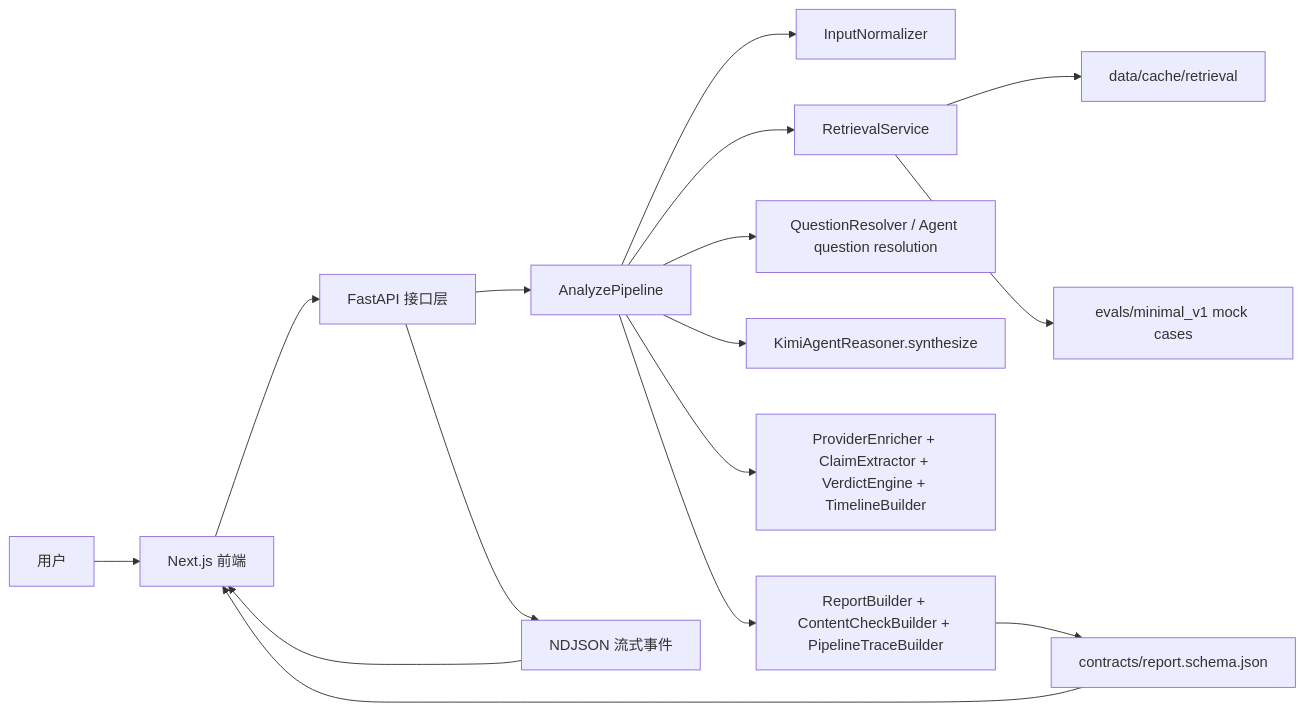
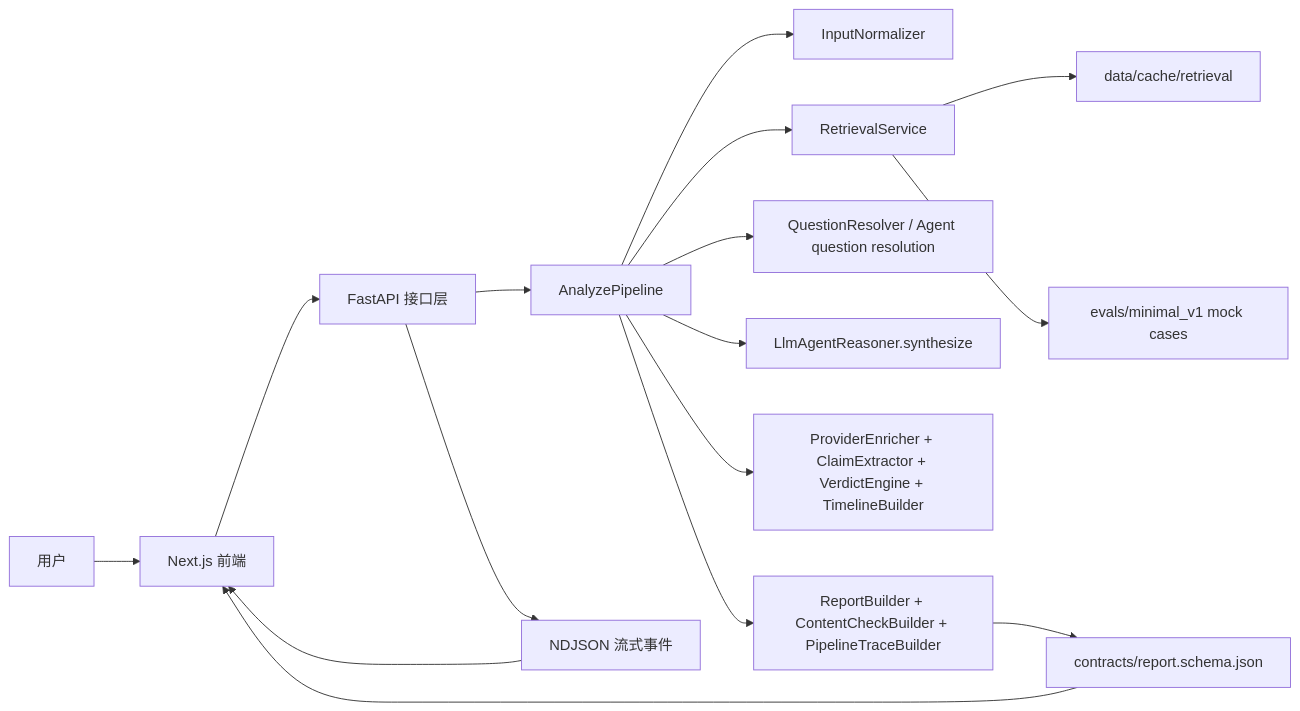
The first of 6 diagrams in docs/current-code-architecture-guide.md (forwaryan/rumor-checking), drawn with Mermaid before and after one commit. The commit also changed other lines of this file and 5 other files, not shown here.

````diff
--- a/docs/current-code-architecture-guide.md
+++ b/docs/current-code-architecture-guide.md
@@ -89,21 +91,21 @@
 ```mermaid
 flowchart LR
     U["用户"] --> FE["Next.js 前端"]
     FE --> API["FastAPI 接口层"]
     API --> PIPE["AnalyzePipeline"]
 
     PIPE --> NORM["InputNormalizer"]
     PIPE --> RET["RetrievalService"]
     PIPE --> RESOLVE["QuestionResolver / Agent question resolution"]
-    PIPE --> SYN["KimiAgentReasoner.synthesize"]
+    PIPE --> SYN["LlmAgentReasoner.synthesize"]
     PIPE --> FALLBACK["ProviderEnricher + ClaimExtractor + VerdictEngine + TimelineBuilder"]
     PIPE --> BUILD["ReportBuilder + ContentCheckBuilder + PipelineTraceBuilder"]
 
     RET --> CACHE["data/cache/retrieval"]
     RET --> EVAL["evals/minimal_v1 mock cases"]
     BUILD --> CONTRACT["contracts/report.schema.json"]
 
     API --> STREAM["NDJSON 流式事件"]
     STREAM --> FE
     CONTRACT --> FE
 ```
````
